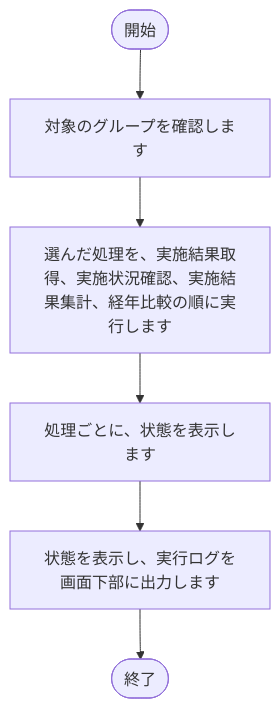
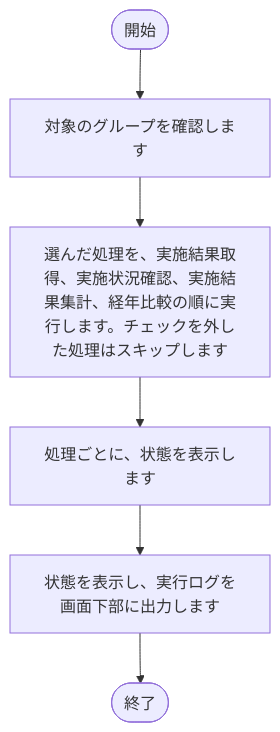
The first of 28 diagrams in tool/track-aggregator/doc/02_設計/処理フロー.md (nishida2073/project_management), drawn with Mermaid before and after one commit. The commit also changed other lines of this file and 19 other files, not shown here.

````diff
--- a/tool/track-aggregator/doc/02_設計/処理フロー.md
+++ b/tool/track-aggregator/doc/02_設計/処理フロー.md
@@ -47,14 +49,14 @@
 ```mermaid
 flowchart TD
     S(["開始"])
     E(["終了"])
     N1["対象のグループを確認します"]
     S --> N1
-    N2["選んだ処理を、実施結果取得、実施状況確認、実施結果集計、経年比較の順に実行します"]
+    N2["選んだ処理を、実施結果取得、実施状況確認、実施結果集計、経年比較の順に実行します。チェックを外した処理はスキップします"]
     N1 --> N2
     N3["処理ごとに、状態を表示します"]
     N2 --> N3
     N4["状態を表示し、実行ログを画面下部に出力します"]
     N3 --> N4
     N4 --> E
 ```
````
